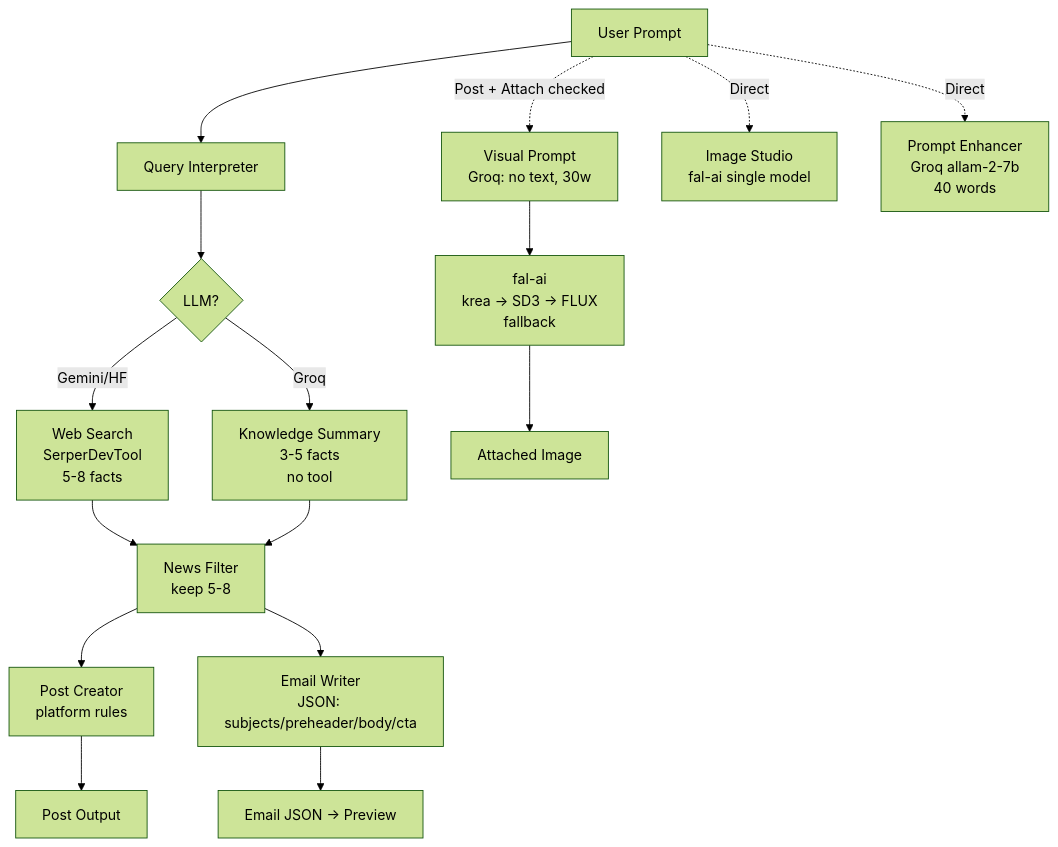
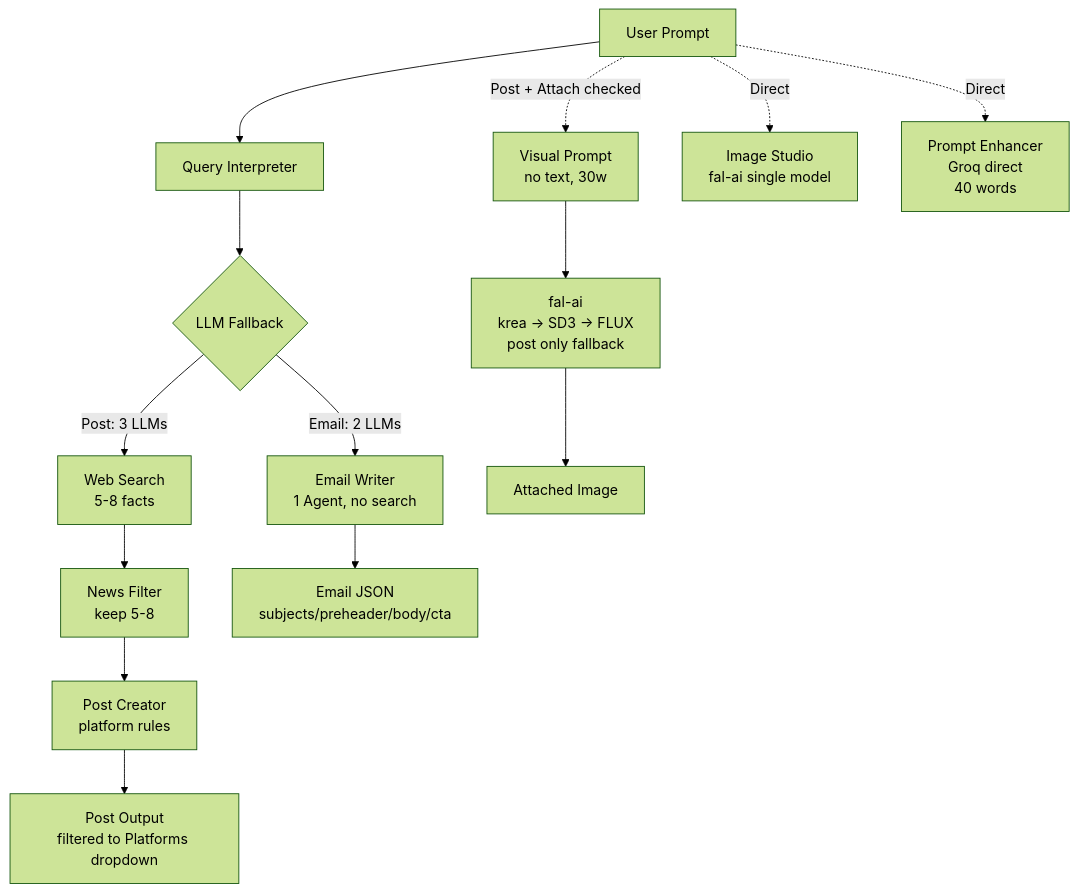
One commit to rajrounak21/PostCraft changed the diagram in README.md. Above: the diagram before and after it, drawn with Mermaid (forest theme). The commit also changed other lines of this file, not shown here.

````diff
--- a/README.md
+++ b/README.md
@@ -65,18 +65,16 @@
 ```mermaid
 graph TD
     U[User Prompt] --> Q[Query Interpreter]
-    Q --> S{LLM?}
-    S -- Gemini/HF --> W[Web Search<br/>SerperDevTool<br/>5-8 facts]
-    S -- Groq --> WK[Knowledge Summary<br/>3-5 facts<br/>no tool]
+    Q --> S{LLM Fallback}
+    S -- Post: 3 LLMs --> W[Web Search<br/>5-8 facts]
+    S -- Email: 2 LLMs --> E1[Email Writer<br/>1 Agent, no search]
     W --> N[News Filter<br/>keep 5-8]
-    WK --> N
     N --> P[Post Creator<br/>platform rules]
-    N --> E[Email Writer<br/>JSON: subjects/preheader/body/cta]
-    P --> OUT[Post Output]
-    E --> EOUT[Email JSON → Preview]
-    U -.->|Post + Attach checked| V[Visual Prompt<br/>Groq: no text, 30w]
-    V --> IMG[fal-ai<br/>krea → SD3 → FLUX<br/>fallback]
+    E1 --> EOUT[Email JSON<br/>subjects/preheader/body/cta]
+    P --> OUT[Post Output<br/>filtered to Platforms dropdown]
+    U -.->|Post + Attach checked| V[Visual Prompt<br/>no text, 30w]
+    V --> IMG[fal-ai<br/>krea → SD3 → FLUX<br/>post only fallback]
     IMG --> POUT[Attached Image]
     U -. Direct .-> IMG2[Image Studio<br/>fal-ai single model]
-    U -. Direct .-> ENH[Prompt Enhancer<br/>Groq allam-2-7b<br/>40 words]
+    U -. Direct .-> ENH[Prompt Enhancer<br/>Groq direct<br/>40 words]
 ```
````
